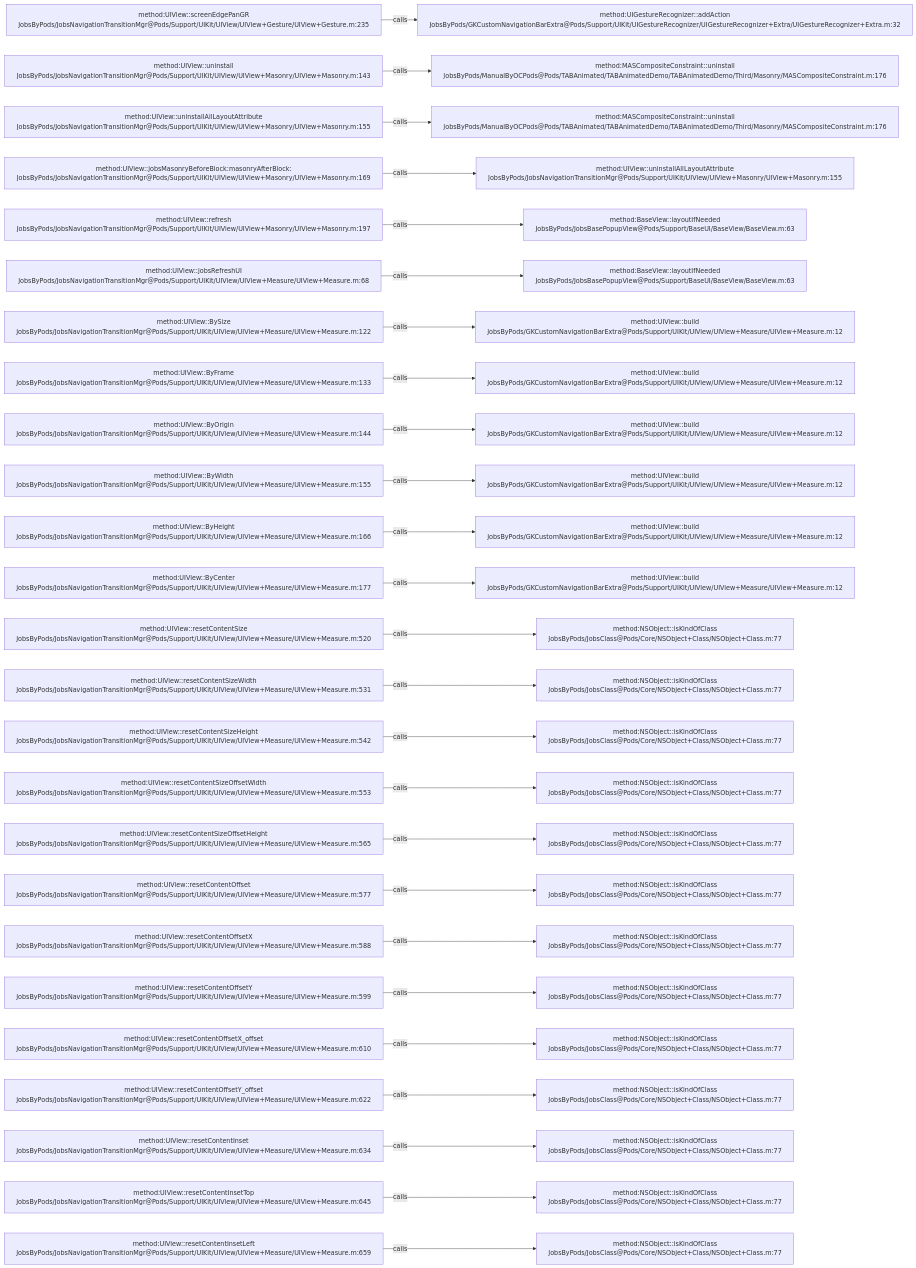
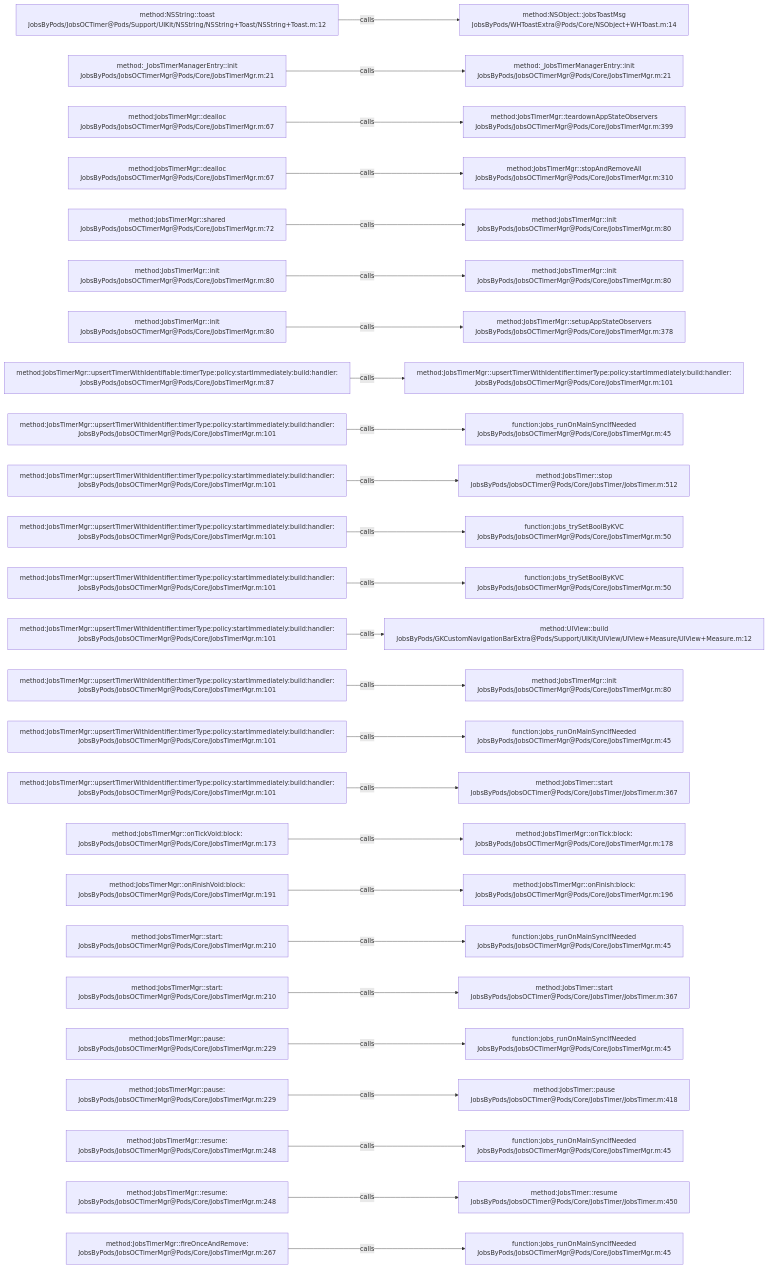
Before and after one commit to JobsKits/JobsOCBaseConfigDemo: the diagram in .codegraph/codegraph.md/graphs/calls-140.md, drawn with Mermaid. The commit also changed 639 other files, not shown here.

````diff
--- a/.codegraph/codegraph.md/graphs/calls-140.md
+++ b/.codegraph/codegraph.md/graphs/calls-140.md
@@ -13,78 +13,78 @@
 ```mermaid
 flowchart LR
-  S1["method:UIView::screenEdgePanGR<br/>JobsByPods/JobsNavigationTransitionMgr@Pods/Support/UIKit/UIView/UIView+Gesture/UIView+Gesture.m:235"]
-  T1["method:UIGestureRecognizer::addAction<br/>JobsByPods/GKCustomNavigationBarExtra@Pods/Support/UIKit/UIGestureRecognizer/UIGestureRecognizer+Extra/UIGestureRecognizer+Extra.m:32"]
+  S1["method:NSString::toast<br/>JobsByPods/JobsOCTimer@Pods/Support/UIKit/NSString/NSString+Toast/NSString+Toast.m:12"]
+  T1["method:NSObject::jobsToastMsg<br/>JobsByPods/WHToastExtra@Pods/Core/NSObject+WHToast.m:14"]
   S1 -->|calls| T1
-  S2["method:UIView::uninstall<br/>JobsByPods/JobsNavigationTransitionMgr@Pods/Support/UIKit/UIView/UIView+Masonry/UIView+Masonry.m:143"]
-  T2["method:MASCompositeConstraint::uninstall<br/>JobsByPods/ManualByOCPods@Pods/TABAnimated/TABAnimatedDemo/TABAnimatedDemo/Third/Masonry/MASCompositeConstraint.m:176"]
+  S2["method:_JobsTimerManagerEntry::init<br/>JobsByPods/JobsOCTimerMgr@Pods/Core/JobsTimerMgr.m:21"]
+  T2["method:_JobsTimerManagerEntry::init<br/>JobsByPods/JobsOCTimerMgr@Pods/Core/JobsTimerMgr.m:21"]
   S2 -->|calls| T2
-  S3["method:UIView::uninstallAllLayoutAttribute<br/>JobsByPods/JobsNavigationTransitionMgr@Pods/Support/UIKit/UIView/UIView+Masonry/UIView+Masonry.m:155"]
-  T3["method:MASCompositeConstraint::uninstall<br/>JobsByPods/ManualByOCPods@Pods/TABAnimated/TABAnimatedDemo/TABAnimatedDemo/Third/Masonry/MASCompositeConstraint.m:176"]
+  S3["method:JobsTimerMgr::dealloc<br/>JobsByPods/JobsOCTimerMgr@Pods/Core/JobsTimerMgr.m:67"]
+  T3["method:JobsTimerMgr::teardownAppStateObservers<br/>JobsByPods/JobsOCTimerMgr@Pods/Core/JobsTimerMgr.m:399"]
   S3 -->|calls| T3
-  S4["method:UIView::jobsMasonryBeforeBlock:masonryAfterBlock:<br/>JobsByPods/JobsNavigationTransitionMgr@Pods/Support/UIKit/UIView/UIView+Masonry/UIView+Masonry.m:169"]
-  T4["method:UIView::uninstallAllLayoutAttribute<br/>JobsByPods/JobsNavigationTransitionMgr@Pods/Support/UIKit/UIView/UIView+Masonry/UIView+Masonry.m:155"]
+  S4["method:JobsTimerMgr::dealloc<br/>JobsByPods/JobsOCTimerMgr@Pods/Core/JobsTimerMgr.m:67"]
+  T4["method:JobsTimerMgr::stopAndRemoveAll<br/>JobsByPods/JobsOCTimerMgr@Pods/Core/JobsTimerMgr.m:310"]
   S4 -->|calls| T4
-  S5["method:UIView::refresh<br/>JobsByPods/JobsNavigationTransitionMgr@Pods/Support/UIKit/UIView/UIView+Masonry/UIView+Masonry.m:197"]
-  T5["method:BaseView::layoutIfNeeded<br/>JobsByPods/JobsBasePopupView@Pods/Support/BaseUI/BaseView/BaseView.m:63"]
+  S5["method:JobsTimerMgr::shared<br/>JobsByPods/JobsOCTimerMgr@Pods/Core/JobsTimerMgr.m:72"]
+  T5["method:JobsTimerMgr::init<br/>JobsByPods/JobsOCTimerMgr@Pods/Core/JobsTimerMgr.m:80"]
   S5 -->|calls| T5
-  S6["method:UIView::jobsRefreshUI<br/>JobsByPods/JobsNavigationTransitionMgr@Pods/Support/UIKit/UIView/UIView+Measure/UIView+Measure.m:68"]
-  T6["method:BaseView::layoutIfNeeded<br/>JobsByPods/JobsBasePopupView@Pods/Support/BaseUI/BaseView/BaseView.m:63"]
+  S6["method:JobsTimerMgr::init<br/>JobsByPods/JobsOCTimerMgr@Pods/Core/JobsTimerMgr.m:80"]
+  T6["method:JobsTimerMgr::init<br/>JobsByPods/JobsOCTimerMgr@Pods/Core/JobsTimerMgr.m:80"]
   S6 -->|calls| T6
-  S7["method:UIView::BySize<br/>JobsByPods/JobsNavigationTransitionMgr@Pods/Support/UIKit/UIView/UIView+Measure/UIView+Measure.m:122"]
-  T7["method:UIView::build<br/>JobsByPods/GKCustomNavigationBarExtra@Pods/Support/UIKit/UIView/UIView+Measure/UIView+Measure.m:12"]
+  S7["method:JobsTimerMgr::init<br/>JobsByPods/JobsOCTimerMgr@Pods/Core/JobsTimerMgr.m:80"]
+  T7["method:JobsTimerMgr::setupAppStateObservers<br/>JobsByPods/JobsOCTimerMgr@Pods/Core/JobsTimerMgr.m:378"]
   S7 -->|calls| T7
-  S8["method:UIView::ByFrame<br/>JobsByPods/JobsNavigationTransitionMgr@Pods/Support/UIKit/UIView/UIView+Measure/UIView+Measure.m:133"]
-  T8["method:UIView::build<br/>JobsByPods/GKCustomNavigationBarExtra@Pods/Support/UIKit/UIView/UIView+Measure/UIView+Measure.m:12"]
+  S8["method:JobsTimerMgr::upsertTimerWithIdentifiable:timerType:policy:startImmediately:build:handler:<br/>JobsByPods/JobsOCTimerMgr@Pods/Core/JobsTimerMgr.m:87"]
+  T8["method:JobsTimerMgr::upsertTimerWithIdentifier:timerType:policy:startImmediately:build:handler:<br/>JobsByPods/JobsOCTimerMgr@Pods/Core/JobsTimerMgr.m:101"]
   S8 -->|calls| T8
-  S9["method:UIView::ByOrigin<br/>JobsByPods/JobsNavigationTransitionMgr@Pods/Support/UIKit/UIView/UIView+Measure/UIView+Measure.m:144"]
-  T9["method:UIView::build<br/>JobsByPods/GKCustomNavigationBarExtra@Pods/Support/UIKit/UIView/UIView+Measure/UIView+Measure.m:12"]
+  S9["method:JobsTimerMgr::upsertTimerWithIdentifier:timerType:policy:startImmediately:build:handler:<br/>JobsByPods/JobsOCTimerMgr@Pods/Core/JobsTimerMgr.m:101"]
+  T9["function:jobs_runOnMainSyncIfNeeded<br/>JobsByPods/JobsOCTimerMgr@Pods/Core/JobsTimerMgr.m:45"]
   S9 -->|calls| T9
-  S10["method:UIView::ByWidth<br/>JobsByPods/JobsNavigationTransitionMgr@Pods/Support/UIKit/UIView/UIView+Measure/UIView+Measure.m:155"]
-  T10["method:UIView::build<br/>JobsByPods/GKCustomNavigationBarExtra@Pods/Support/UIKit/UIView/UIView+Measure/UIView+Measure.m:12"]
+  S10["method:JobsTimerMgr::upsertTimerWithIdentifier:timerType:policy:startImmediately:build:handler:<br/>JobsByPods/JobsOCTimerMgr@Pods/Core/JobsTimerMgr.m:101"]
+  T10["method:JobsTimer::stop<br/>JobsByPods/JobsOCTimer@Pods/Core/JobsTimer/JobsTimer.m:512"]
   S10 -->|calls| T10
-  S11["method:UIView::ByHeight<br/>JobsByPods/JobsNavigationTransitionMgr@Pods/Support/UIKit/UIView/UIView+Measure/UIView+Measure.m:166"]
-  T11["method:UIView::build<br/>JobsByPods/GKCustomNavigationBarExtra@Pods/Support/UIKit/UIView/UIView+Measure/UIView+Measure.m:12"]
+  S11["method:JobsTimerMgr::upsertTimerWithIdentifier:timerType:policy:startImmediately:build:handler:<br/>JobsByPods/JobsOCTimerMgr@Pods/Core/JobsTimerMgr.m:101"]
+  T11["function:jobs_trySetBoolByKVC<br/>JobsByPods/JobsOCTimerMgr@Pods/Core/JobsTimerMgr.m:50"]
   S11 -->|calls| T11
-  S12["method:UIView::ByCenter<br/>JobsByPods/JobsNavigationTransitionMgr@Pods/Support/UIKit/UIView/UIView+Measure/UIView+Measure.m:177"]
-  T12["method:UIView::build<br/>JobsByPods/GKCustomNavigationBarExtra@Pods/Support/UIKit/UIView/UIView+Measure/UIView+Measure.m:12"]
+  S12["method:JobsTimerMgr::upsertTimerWithIdentifier:timerType:policy:startImmediately:build:handler:<br/>JobsByPods/JobsOCTimerMgr@Pods/Core/JobsTimerMgr.m:101"]
+  T12["function:jobs_trySetBoolByKVC<br/>JobsByPods/JobsOCTimerMgr@Pods/Core/JobsTimerMgr.m:50"]
   S12 -->|calls| T12
-  S13["method:UIView::resetContentSize<br/>JobsByPods/JobsNavigationTransitionMgr@Pods/Support/UIKit/UIView/UIView+Measure/UIView+Measure.m:520"]
-  T13["method:NSObject::isKindOfClass<br/>JobsByPods/JobsClass@Pods/Core/NSObject+Class/NSObject+Class.m:77"]
+  S13["method:JobsTimerMgr::upsertTimerWithIdentifier:timerType:policy:startImmediately:build:handler:<br/>JobsByPods/JobsOCTimerMgr@Pods/Core/JobsTimerMgr.m:101"]
+  T13["method:UIView::build<br/>JobsByPods/GKCustomNavigationBarExtra@Pods/Support/UIKit/UIView/UIView+Measure/UIView+Measure.m:12"]
   S13 -->|calls| T13
-  S14["method:UIView::resetContentSizeWidth<br/>JobsByPods/JobsNavigationTransitionMgr@Pods/Support/UIKit/UIView/UIView+Measure/UIView+Measure.m:531"]
-  T14["method:NSObject::isKindOfClass<br/>JobsByPods/JobsClass@Pods/Core/NSObject+Class/NSObject+Class.m:77"]
+  S14["method:JobsTimerMgr::upsertTimerWithIdentifier:timerType:policy:startImmediately:build:handler:<br/>JobsByPods/JobsOCTimerMgr@Pods/Core/JobsTimerMgr.m:101"]
+  T14["method:JobsTimerMgr::init<br/>JobsByPods/JobsOCTimerMgr@Pods/Core/JobsTimerMgr.m:80"]
   S14 -->|calls| T14
-  S15["method:UIView::resetContentSizeHeight<br/>JobsByPods/JobsNavigationTransitionMgr@Pods/Support/UIKit/UIView/UIView+Measure/UIView+Measure.m:542"]
-  T15["method:NSObject::isKindOfClass<br/>JobsByPods/JobsClass@Pods/Core/NSObject+Class/NSObject+Class.m:77"]
+  S15["method:JobsTimerMgr::upsertTimerWithIdentifier:timerType:policy:startImmediately:build:handler:<br/>JobsByPods/JobsOCTimerMgr@Pods/Core/JobsTimerMgr.m:101"]
+  T15["function:jobs_runOnMainSyncIfNeeded<br/>JobsByPods/JobsOCTimerMgr@Pods/Core/JobsTimerMgr.m:45"]
   S15 -->|calls| T15
-  S16["method:UIView::resetContentSizeOffsetWidth<br/>JobsByPods/JobsNavigationTransitionMgr@Pods/Support/UIKit/UIView/UIView+Measure/UIView+Measure.m:553"]
-  T16["method:NSObject::isKindOfClass<br/>JobsByPods/JobsClass@Pods/Core/NSObject+Class/NSObject+Class.m:77"]
+  S16["method:JobsTimerMgr::upsertTimerWithIdentifier:timerType:policy:startImmediately:build:handler:<br/>JobsByPods/JobsOCTimerMgr@Pods/Core/JobsTimerMgr.m:101"]
+  T16["method:JobsTimer::start<br/>JobsByPods/JobsOCTimer@Pods/Core/JobsTimer/JobsTimer.m:367"]
   S16 -->|calls| T16
-  S17["method:UIView::resetContentSizeOffsetHeight<br/>JobsByPods/JobsNavigationTransitionMgr@Pods/Support/UIKit/UIView/UIView+Measure/UIView+Measure.m:565"]
-  T17["method:NSObject::isKindOfClass<br/>JobsByPods/JobsClass@Pods/Core/NSObject+Class/NSObject+Class.m:77"]
+  S17["method:JobsTimerMgr::onTickVoid:block:<br/>JobsByPods/JobsOCTimerMgr@Pods/Core/JobsTimerMgr.m:173"]
+  T17["method:JobsTimerMgr::onTick:block:<br/>JobsByPods/JobsOCTimerMgr@Pods/Core/JobsTimerMgr.m:178"]
   S17 -->|calls| T17
-  S18["method:UIView::resetContentOffset<br/>JobsByPods/JobsNavigationTransitionMgr@Pods/Support/UIKit/UIView/UIView+Measure/UIView+Measure.m:577"]
-  T18["method:NSObject::isKindOfClass<br/>JobsByPods/JobsClass@Pods/Core/NSObject+Class/NSObject+Class.m:77"]
+  S18["method:JobsTimerMgr::onFinishVoid:block:<br/>JobsByPods/JobsOCTimerMgr@Pods/Core/JobsTimerMgr.m:191"]
+  T18["method:JobsTimerMgr::onFinish:block:<br/>JobsByPods/JobsOCTimerMgr@Pods/Core/JobsTimerMgr.m:196"]
   S18 -->|calls| T18
-  S19["method:UIView::resetContentOffsetX<br/>JobsByPods/JobsNavigationTransitionMgr@Pods/Support/UIKit/UIView/UIView+Measure/UIView+Measure.m:588"]
-  T19["method:NSObject::isKindOfClass<br/>JobsByPods/JobsClass@Pods/Core/NSObject+Class/NSObject+Class.m:77"]
+  S19["method:JobsTimerMgr::start:<br/>JobsByPods/JobsOCTimerMgr@Pods/Core/JobsTimerMgr.m:210"]
+  T19["function:jobs_runOnMainSyncIfNeeded<br/>JobsByPods/JobsOCTimerMgr@Pods/Core/JobsTimerMgr.m:45"]
   S19 -->|calls| T19
-  S20["method:UIView::resetContentOffsetY<br/>JobsByPods/JobsNavigationTransitionMgr@Pods/Support/UIKit/UIView/UIView+Measure/UIView+Measure.m:599"]
-  T20["method:NSObject::isKindOfClass<br/>JobsByPods/JobsClass@Pods/Core/NSObject+Class/NSObject+Class.m:77"]
+  S20["method:JobsTimerMgr::start:<br/>JobsByPods/JobsOCTimerMgr@Pods/Core/JobsTimerMgr.m:210"]
+  T20["method:JobsTimer::start<br/>JobsByPods/JobsOCTimer@Pods/Core/JobsTimer/JobsTimer.m:367"]
   S20 -->|calls| T20
-  S21["method:UIView::resetContentOffsetX_offset<br/>JobsByPods/JobsNavigationTransitionMgr@Pods/Support/UIKit/UIView/UIView+Measure/UIView+Measure.m:610"]
-  T21["method:NSObject::isKindOfClass<br/>JobsByPods/JobsClass@Pods/Core/NSObject+Class/NSObject+Class.m:77"]
+  S21["method:JobsTimerMgr::pause:<br/>JobsByPods/JobsOCTimerMgr@Pods/Core/JobsTimerMgr.m:229"]
+  T21["function:jobs_runOnMainSyncIfNeeded<br/>JobsByPods/JobsOCTimerMgr@Pods/Core/JobsTimerMgr.m:45"]
   S21 -->|calls| T21
-  S22["method:UIView::resetContentOffsetY_offset<br/>JobsByPods/JobsNavigationTransitionMgr@Pods/Support/UIKit/UIView/UIView+Measure/UIView+Measure.m:622"]
-  T22["method:NSObject::isKindOfClass<br/>JobsByPods/JobsClass@Pods/Core/NSObject+Class/NSObject+Class.m:77"]
+  S22["method:JobsTimerMgr::pause:<br/>JobsByPods/JobsOCTimerMgr@Pods/Core/JobsTimerMgr.m:229"]
+  T22["method:JobsTimer::pause<br/>JobsByPods/JobsOCTimer@Pods/Core/JobsTimer/JobsTimer.m:418"]
   S22 -->|calls| T22
-  S23["method:UIView::resetContentInset<br/>JobsByPods/JobsNavigationTransitionMgr@Pods/Support/UIKit/UIView/UIView+Measure/UIView+Measure.m:634"]
-  T23["method:NSObject::isKindOfClass<br/>JobsByPods/JobsClass@Pods/Core/NSObject+Class/NSObject+Class.m:77"]
+  S23["method:JobsTimerMgr::resume:<br/>JobsByPods/JobsOCTimerMgr@Pods/Core/JobsTimerMgr.m:248"]
+  T23["function:jobs_runOnMainSyncIfNeeded<br/>JobsByPods/JobsOCTimerMgr@Pods/Core/JobsTimerMgr.m:45"]
   S23 -->|calls| T23
-  S24["method:UIView::resetContentInsetTop<br/>JobsByPods/JobsNavigationTransitionMgr@Pods/Support/UIKit/UIView/UIView+Measure/UIView+Measure.m:645"]
-  T24["method:NSObject::isKindOfClass<br/>JobsByPods/JobsClass@Pods/Core/NSObject+Class/NSObject+Class.m:77"]
+  S24["method:JobsTimerMgr::resume:<br/>JobsByPods/JobsOCTimerMgr@Pods/Core/JobsTimerMgr.m:248"]
+  T24["method:JobsTimer::resume<br/>JobsByPods/JobsOCTimer@Pods/Core/JobsTimer/JobsTimer.m:450"]
   S24 -->|calls| T24
-  S25["method:UIView::resetContentInsetLeft<br/>JobsByPods/JobsNavigationTransitionMgr@Pods/Support/UIKit/UIView/UIView+Measure/UIView+Measure.m:659"]
-  T25["method:NSObject::isKindOfClass<br/>JobsByPods/JobsClass@Pods/Core/NSObject+Class/NSObject+Class.m:77"]
+  S25["method:JobsTimerMgr::fireOnceAndRemove:<br/>JobsByPods/JobsOCTimerMgr@Pods/Core/JobsTimerMgr.m:267"]
+  T25["function:jobs_runOnMainSyncIfNeeded<br/>JobsByPods/JobsOCTimerMgr@Pods/Core/JobsTimerMgr.m:45"]
   S25 -->|calls| T25
 ```
````
